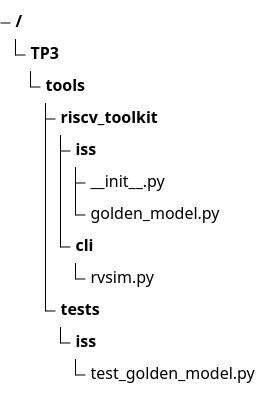
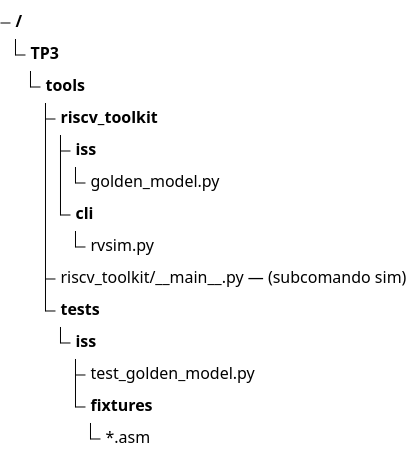
Before and after one commit to nicopinera/tps-arqui: the tenth of 47 diagrams in docs/PRD-pipeline-riscv.md, drawn with Mermaid. The commit also changed other lines of this file and 32 other files, not shown here.

````diff
--- a/docs/PRD-pipeline-riscv.md
+++ b/docs/PRD-pipeline-riscv.md
@@ -783,14 +821,16 @@
 ```mermaid
 treeView-beta
     "TP3/"
         "tools/"
             "riscv_toolkit/"
                 "iss/"
-                    "__init__.py"
                     "golden_model.py"
                 "cli/"
                     "rvsim.py"
+            "riscv_toolkit/__main__.py — (subcomando sim)"
             "tests/"
                 "iss/"
                     "test_golden_model.py"
+                    "fixtures/"
+                        "*.asm"
 ```
````
